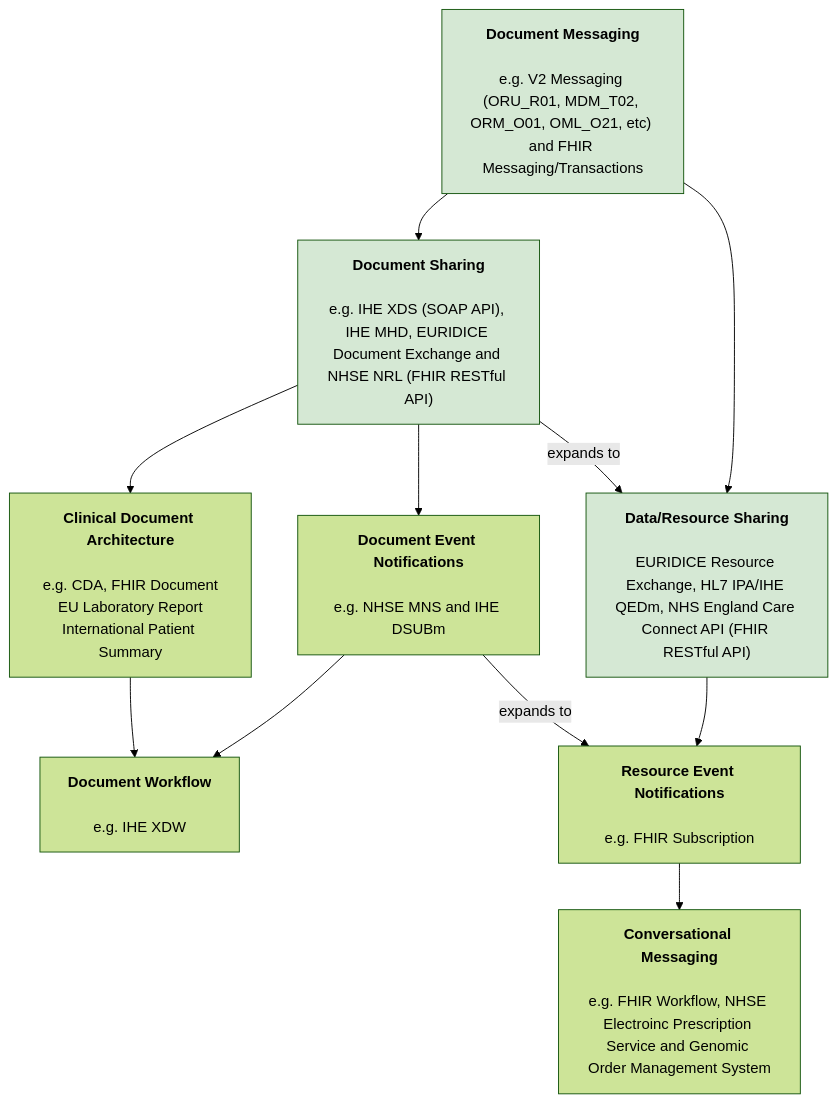
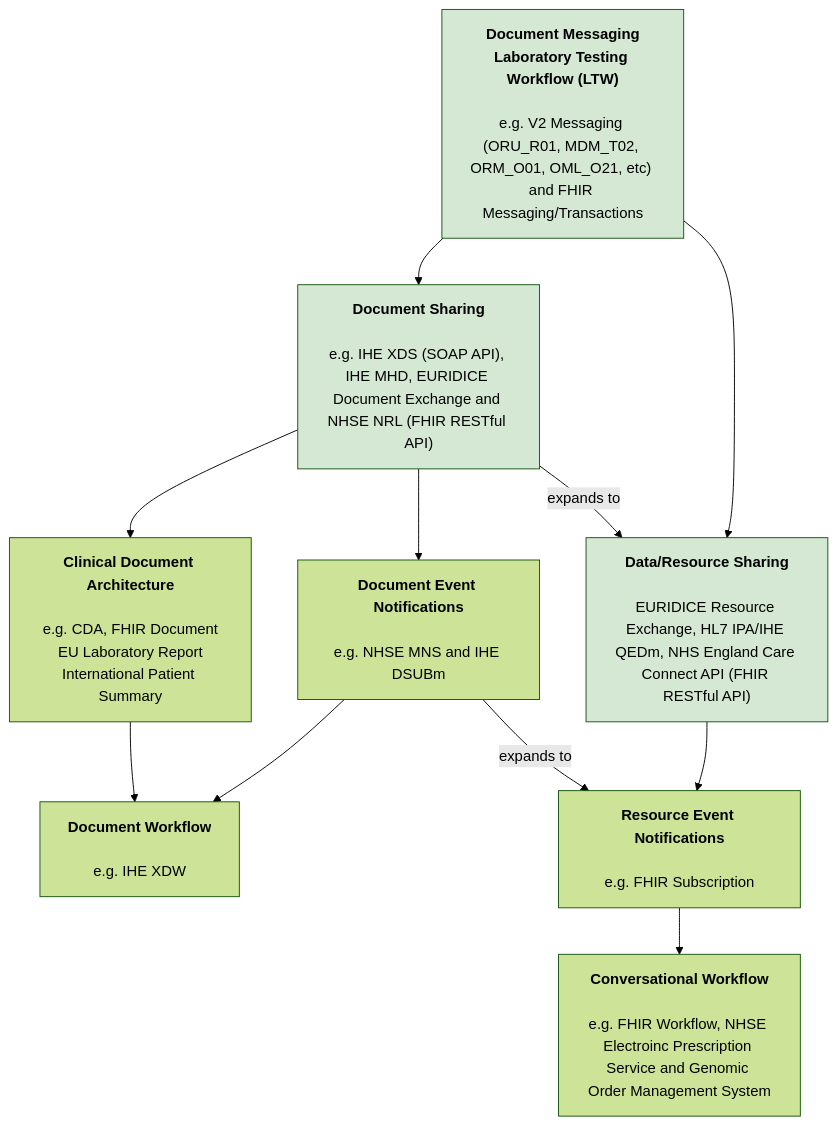
The first of 9 diagrams in input/pagecontent/exchange.md (nw-gmsa/nw-gmsa.github.com), drawn with Mermaid (forest theme) before and after one commit.

Commit message:
Relaxed Specimen rule to allow 0..* identifiers

````diff
--- a/input/pagecontent/exchange.md
+++ b/input/pagecontent/exchange.md
@@ -2,33 +2,33 @@
 ```mermaid
 graph TD;
 
 
-DocumentMessaging["<b>Document Messaging</b><br/><br/>e.g. V2 Messaging (ORU_R01, MDM_T02, ORM_O01, OML_O21, etc) and FHIR Messaging/Transactions"]
+DocumentMessaging["<b>Document Messaging</b><br/><b>Laboratory Testing Workflow (LTW)</b><br/><br/>e.g. V2 Messaging (ORU_R01, MDM_T02, ORM_O01, OML_O21, etc) and FHIR Messaging/Transactions"]
 DocumentSharing["<b>Document Sharing</b><br/><br/>e.g. IHE XDS (SOAP API), IHE MHD, EURIDICE Document Exchange and NHSE NRL (FHIR RESTful API) "]
 
 DocumentEventNotifications[<b>Document Event Notifications</b><br/><br/>e.g. NHSE MNS and IHE DSUBm]
 ClinicalDocumentArchitecture[<b>Clinical Document Architecture</b><br/><br/>e.g. CDA, FHIR Document<br/>EU Laboratory Report<br/>International Patient Summary] 
 DocumentWorkflow[<b>Document Workflow</b><br/><br/>e.g. IHE XDW]
 
 DataSharig["<b>Data/Resource Sharing</b><br/><br/>EURIDICE Resource Exchange, HL7 IPA/IHE QEDm, NHS England Care Connect API (FHIR RESTful API)"]
 ResourceEventNotifications[<b>Resource Event Notifications</b><br/><br/>e.g. FHIR Subscription]
-ConversationalMessaging[<b>Conversational Messaging</b><br/><br/>e.g. FHIR Workflow, NHSE Electroinc Prescription Service and Genomic Order Management System]
+ConversationalMessaging[<b>Conversational Workflow</b><br/><br/>e.g. FHIR Workflow, NHSE Electroinc Prescription Service and Genomic Order Management System]
 
 
 DocumentMessaging --> DocumentSharing
 DocumentSharing --> DocumentEventNotifications
 DocumentSharing --> ClinicalDocumentArchitecture
 DocumentEventNotifications --> DocumentWorkflow
 ClinicalDocumentArchitecture --> DocumentWorkflow
 
 DocumentMessaging --> DataSharig
 DataSharig --> ResourceEventNotifications
 ResourceEventNotifications --> ConversationalMessaging
 
 DocumentSharing --> |expands to| DataSharig
 DocumentEventNotifications --> |expands to| ResourceEventNotifications
 
 classDef green fill:#D5E8D4;
 
 class DocumentMessaging,DocumentSharing,DataSharig green
 ```
````
